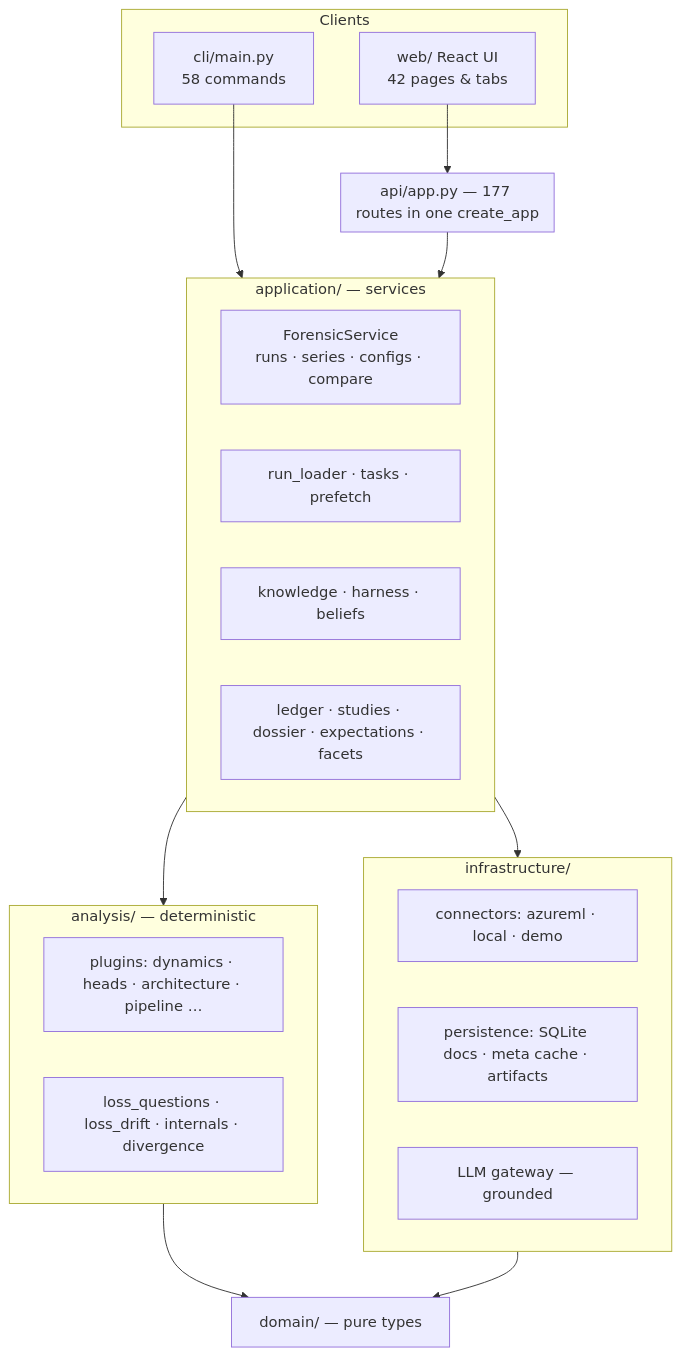
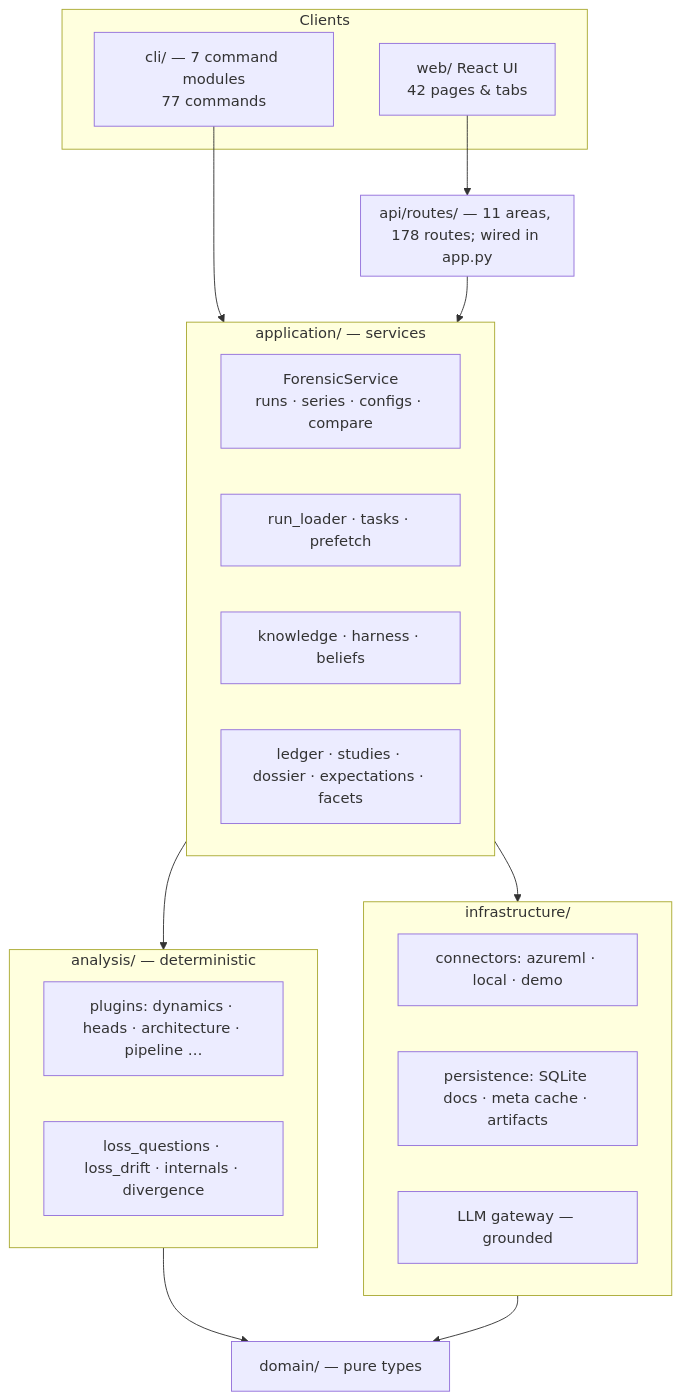
Before and after one commit to create2moment-jpg/Model-Forensic-: the second of 4 diagrams in docs/design-review.md, drawn with Mermaid. The commit also changed other lines of this file and 48 other files, not shown here.

First line of the commit message:
D4 Observation contract; D7 API and CLI split by area

````diff
--- a/docs/design-review.md
+++ b/docs/design-review.md
@@ -65,30 +65,30 @@
 ```mermaid
 flowchart TB
   subgraph clients[Clients]
     web[web/ React UI<br/>42 pages & tabs]
-    cli[cli/main.py<br/>58 commands]
+    cli[cli/ — 7 command modules<br/>77 commands]
   end
-  subgraph api[api/app.py — 177 routes in one create_app]
+  subgraph api[api/routes/ — 11 areas, 178 routes; wired in app.py]
   end
   subgraph app[application/ — services]
     svc[ForensicService<br/>runs · series · configs · compare]
     loader[run_loader · tasks · prefetch]
     know[knowledge · harness · beliefs]
     work[ledger · studies · dossier · expectations · facets]
   end
   subgraph ana[analysis/ — deterministic]
     plugins[plugins: dynamics · heads · architecture · pipeline …]
     q[loss_questions · loss_drift · internals · divergence]
   end
   subgraph infra[infrastructure/]
     conn[connectors: azureml · local · demo]
     pers[persistence: SQLite docs · meta cache · artifacts]
     llm[LLM gateway — grounded]
   end
   dom[domain/ — pure types]
   web --> api
   cli --> app
   api --> app
   app --> ana --> dom
   app --> infra --> dom
 ```
````
